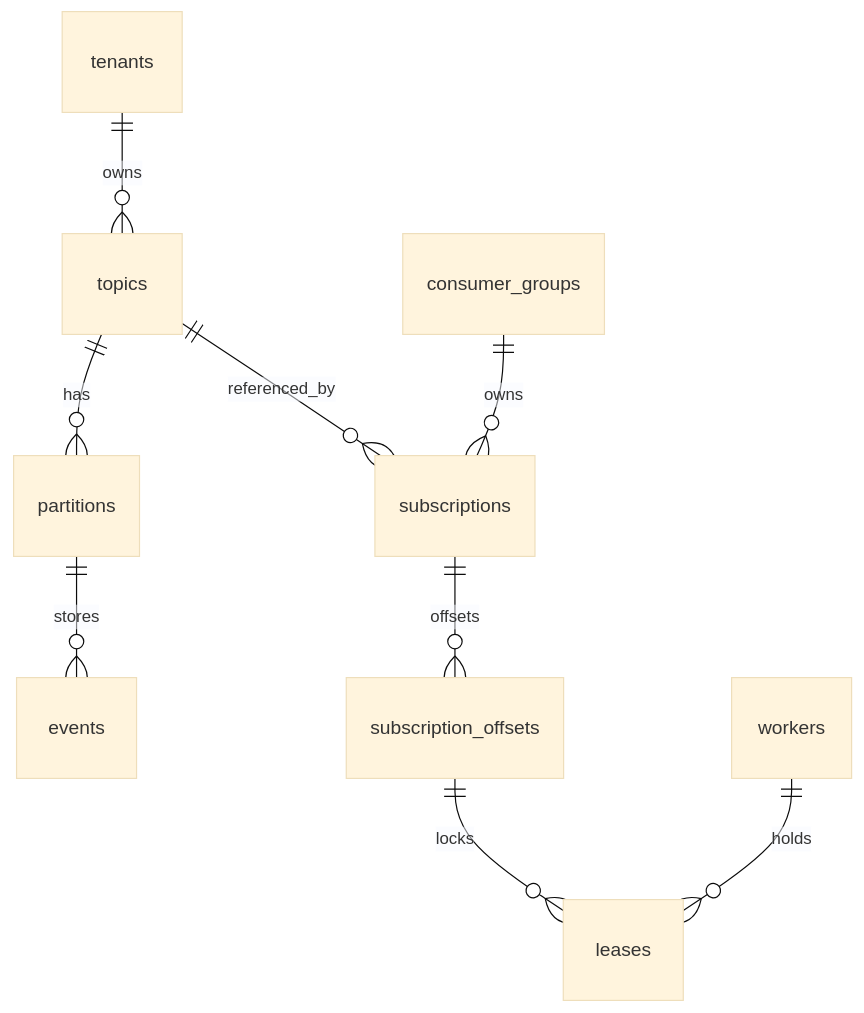
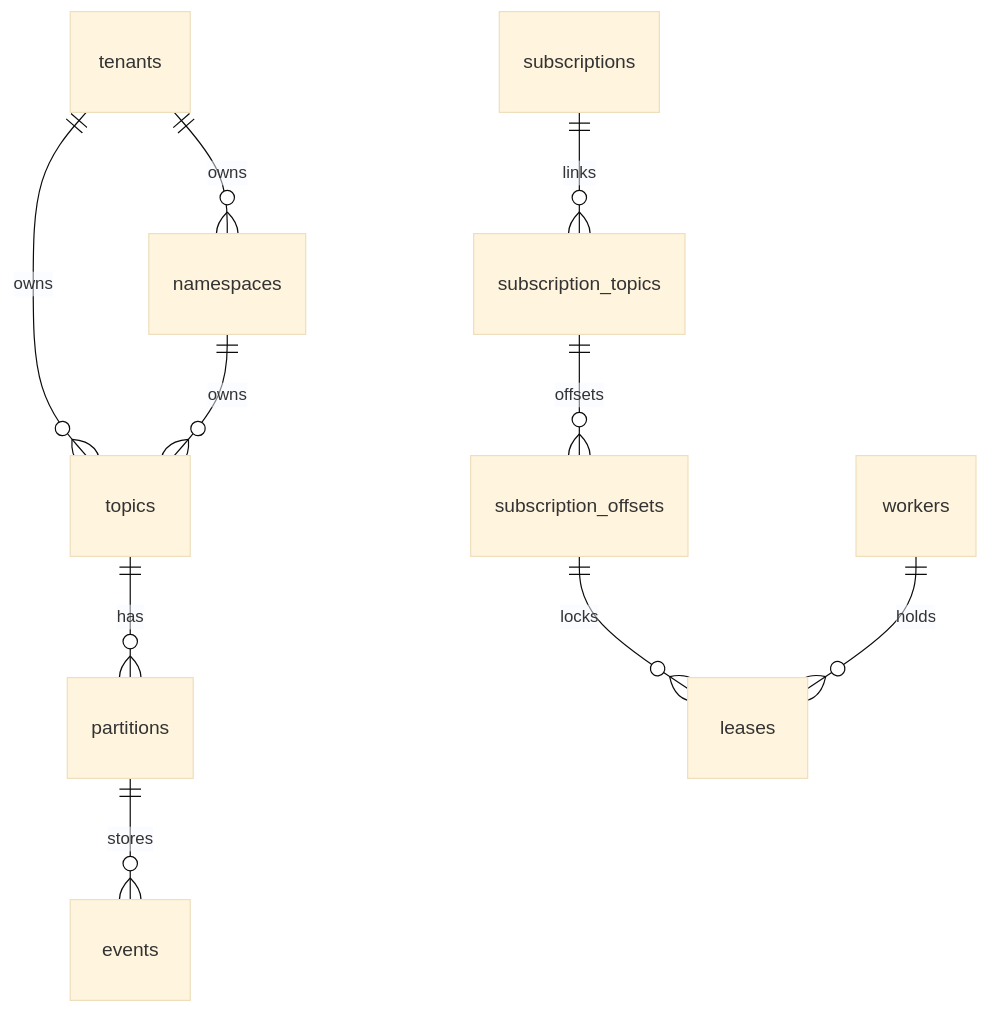
The first of 3 diagrams in README.md (rbilleci/boxy), drawn with Mermaid (base theme) before and after one commit. The commit also changed other lines of this file and 48 other files, not shown here.

````diff
--- a/README.md
+++ b/README.md
@@ -68,11 +68,12 @@
 ```mermaid
 erDiagram
     tenants ||--o{ topics : owns
     topics ||--o{ partitions : has
     partitions ||--o{ events : stores
-    consumer_groups ||--o{ subscriptions : owns
-    topics ||--o{ subscriptions : referenced_by
-    subscriptions ||--o{ subscription_offsets : offsets
+    tenants ||--o{ namespaces : owns
+    namespaces ||--o{ topics : owns
+    subscriptions ||--o{ subscription_topics : links
+    subscription_topics ||--o{ subscription_offsets : offsets
     subscription_offsets ||--o{ leases : locks
     workers ||--o{ leases : holds
 ```
````
